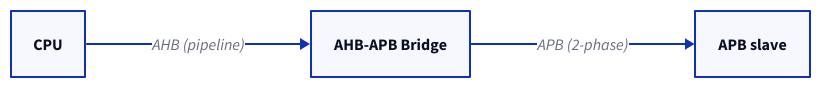
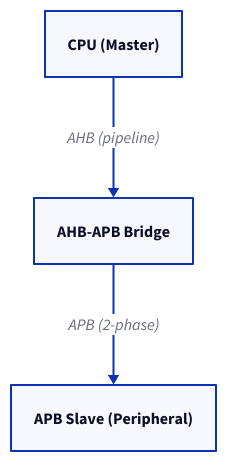
One commit to humbleowl39/DV_SKOOL changed the diagram in topics/amba_protocols/docs/01_apb_ahb.md. Above: the diagram before and after it, drawn with D2. The commit also changed 90 other files, not shown here.

First line of the commit message:
docs: 전 토픽 다이어그램 정비 — ASCII→D2, mermaid→D2, 과대 D2 가시성 수정

````diff
--- a/topics/amba_protocols/docs/01_apb_ahb.md
+++ b/topics/amba_protocols/docs/01_apb_ahb.md
@@ -239,9 +239,9 @@
 ```d2
-direction: right
+direction: down
 
-CPU: "CPU"
+CPU: "CPU (Master)"
 BR: "AHB-APB Bridge"
-SL: "APB slave"
+SL: "APB Slave (Peripheral)"
 CPU -> BR: "AHB (pipeline)"
 BR -> SL: "APB (2-phase)"
 ```
````
